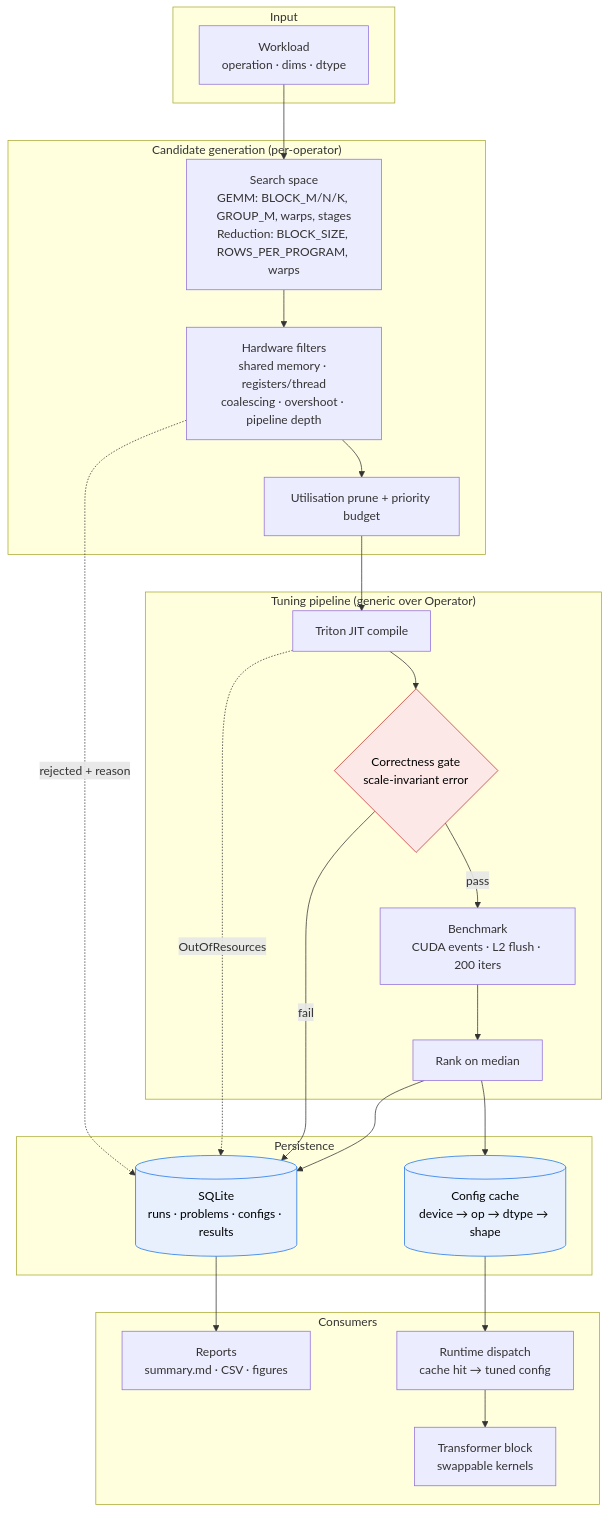
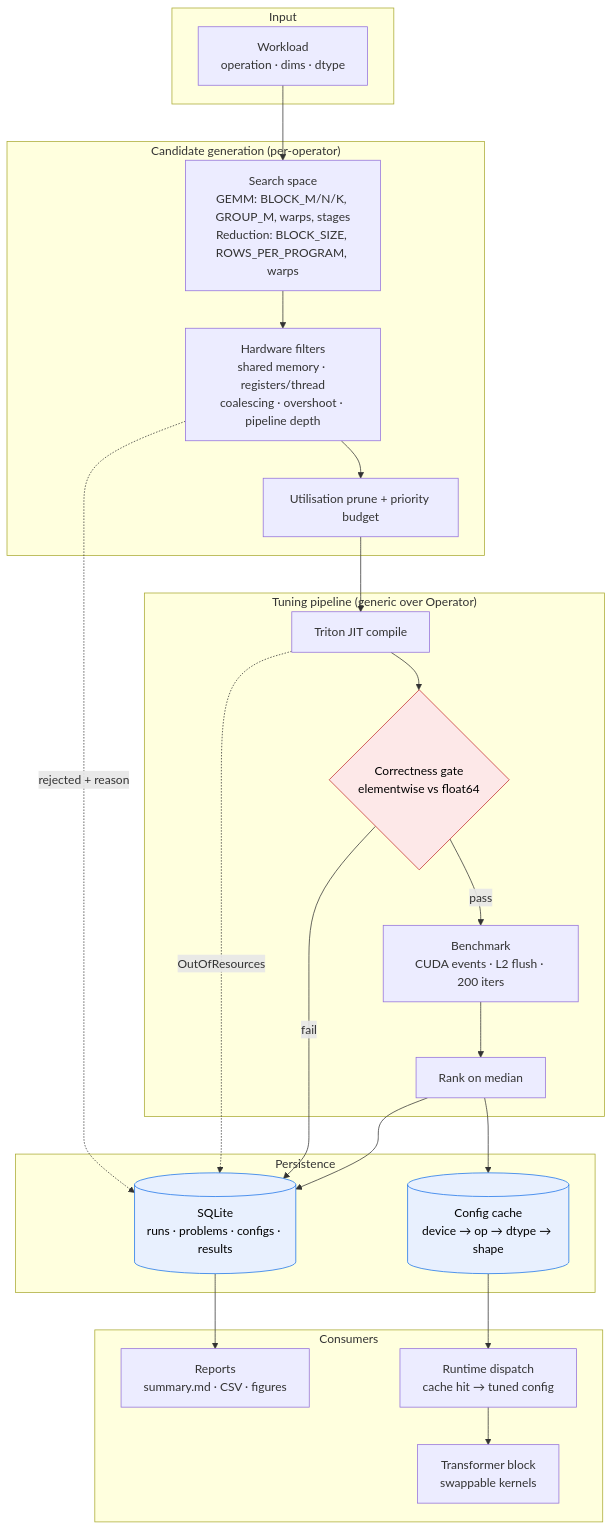
One commit to BruceMoseti/KernelO changed the diagram in README.md. Above: the diagram before and after it, drawn with Mermaid. The commit also changed other lines of this file and 3 other files, not shown here.

First line of the commit message:
docs: describe the elementwise correctness gate

````diff
--- a/README.md
+++ b/README.md
@@ -124,45 +124,45 @@
 ```mermaid
 flowchart TB
     subgraph Input
         W["Workload<br/>operation · dims · dtype"]
     end
 
     subgraph Candidates["Candidate generation (per-operator)"]
         SS["Search space<br/>GEMM: BLOCK_M/N/K, GROUP_M, warps, stages<br/>Reduction: BLOCK_SIZE, ROWS_PER_PROGRAM, warps"]
         FL["Hardware filters<br/>shared memory · registers/thread<br/>coalescing · overshoot · pipeline depth"]
         PR["Utilisation prune + priority budget"]
     end
 
     subgraph Pipeline["Tuning pipeline (generic over Operator)"]
         CO["Triton JIT compile"]
-        VG{"Correctness gate<br/>scale-invariant error"}
+        VG{"Correctness gate<br/>elementwise vs float64"}
         BM["Benchmark<br/>CUDA events · L2 flush · 200 iters"]
         RK["Rank on median"]
     end
 
     subgraph Persistence
         DB[("SQLite<br/>runs · problems · configs · results")]
         CC[("Config cache<br/>device → op → dtype → shape")]
     end
 
     subgraph Consumers
         RP["Reports<br/>summary.md · CSV · figures"]
         RT["Runtime dispatch<br/>cache hit → tuned config"]
         TB["Transformer block<br/>swappable kernels"]
     end
 
     W --> SS --> FL --> PR --> CO --> VG
     FL -. "rejected + reason" .-> DB
     CO -. "OutOfResources" .-> DB
     VG -- fail --> DB
     VG -- pass --> BM --> RK
     RK --> DB
     RK --> CC
     DB --> RP
     CC --> RT --> TB
 
     classDef gate fill:#fde8e8,stroke:#c53030,color:#000
     classDef store fill:#e8f0fe,stroke:#1a73e8,color:#000
     class VG gate
     class DB,CC store
 ```
````
